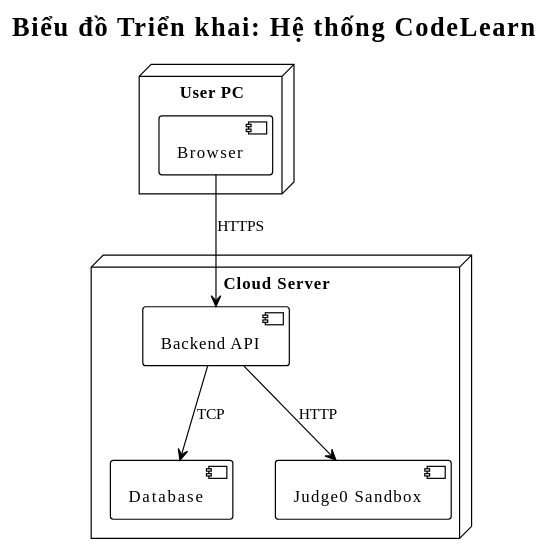
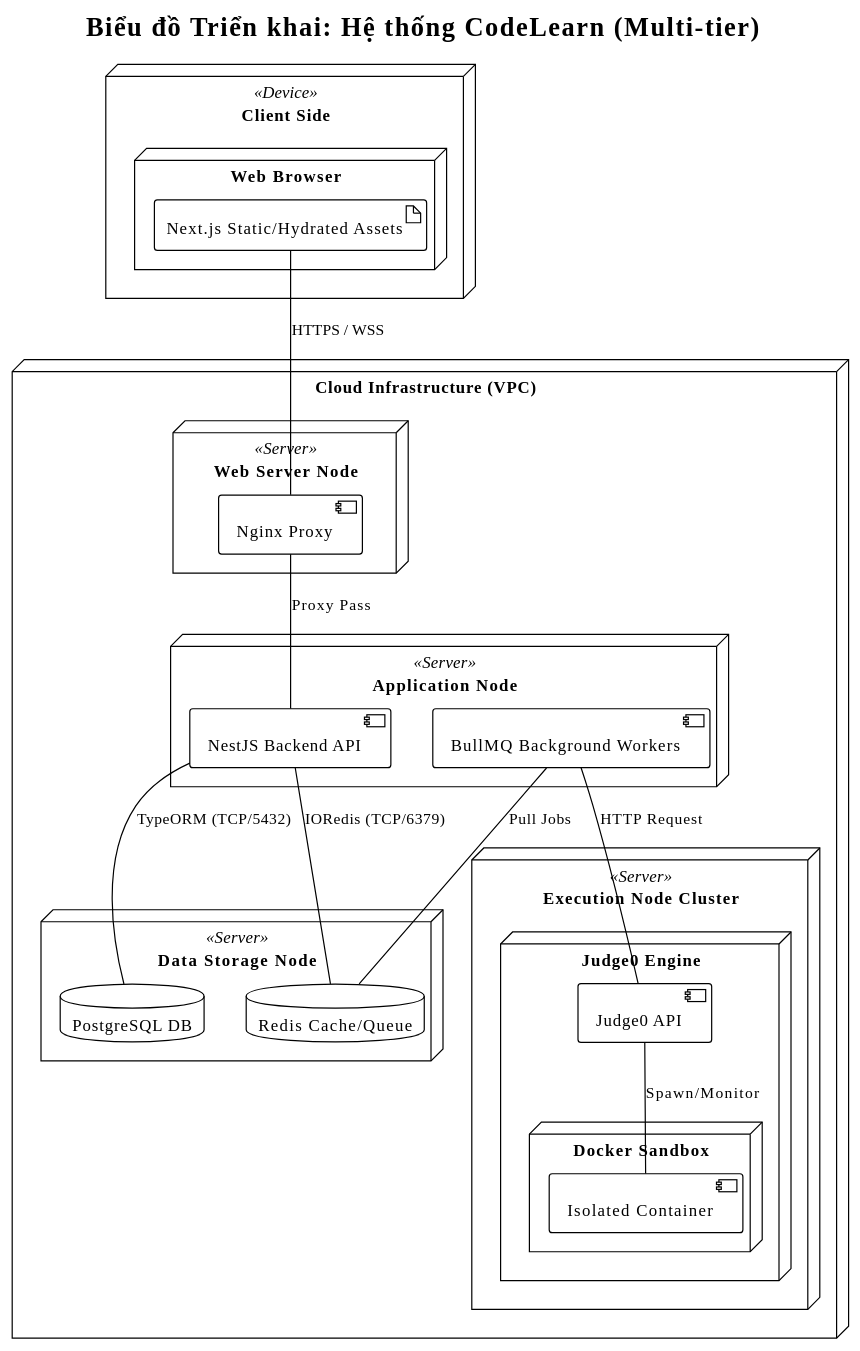
Before and after one commit to ARPHAM/codelearn-fe: the tenth of 10 diagrams in CodeLearn_BaoCao/03d_Ch3_ClassDiagram_Deployment.md, drawn with PlantUML. The commit also changed other lines of this file and 12 other files, not shown here.

````diff
--- a/CodeLearn_BaoCao/03d_Ch3_ClassDiagram_Deployment.md
+++ b/CodeLearn_BaoCao/03d_Ch3_ClassDiagram_Deployment.md
@@ -203,19 +285,50 @@
 ```plantuml
 @startuml DeploymentDiagram
+!theme plain
 skinparam monochrome true
-!theme plain
-title Biểu đồ Triển khai: Hệ thống CodeLearn
+skinparam shadowing false
+title Biểu đồ Triển khai: Hệ thống CodeLearn (Multi-tier)
 
-node "User PC" {
-  [Browser]
+node "Client Side" <<Device>> {
+  node "Web Browser" {
+    artifact "Next.js Static/Hydrated Assets" as NextAssets
+  }
 }
-node "Cloud Server" {
-  [Backend API]
-  [Database]
-  [Judge0 Sandbox]
+
+node "Cloud Infrastructure (VPC)" {
+  
+  node "Web Server Node" <<Server>> {
+    [Nginx Proxy] as Nginx
+  }
+
+  node "Application Node" <<Server>> {
+    [NestJS Backend API] as BE
+    [BullMQ Background Workers] as Workers
+  }
+
+  node "Data Storage Node" <<Server>> {
+    database "PostgreSQL DB" as DB
+    database "Redis Cache/Queue" as Redis
+  }
+
+  node "Execution Node Cluster" <<Server>> {
+    node "Judge0 Engine" {
+      [Judge0 API] as J0
+      node "Docker Sandbox" {
+        [Isolated Container] as Container
+      }
+    }
+  }
 }
-[Browser] --> [Backend API] : HTTPS
-[Backend API] --> [Database] : TCP
-[Backend API] --> [Judge0 Sandbox] : HTTP
+
+' Kết nối
+[NextAssets] -- Nginx : HTTPS / WSS
+Nginx -- BE : Proxy Pass
+BE -- DB : TypeORM (TCP/5432)
+BE -- Redis : IORedis (TCP/6379)
+Workers -- Redis : Pull Jobs
+Workers -- J0 : HTTP Request
+J0 -- Container : Spawn/Monitor
+
 @enduml
 ```
````
